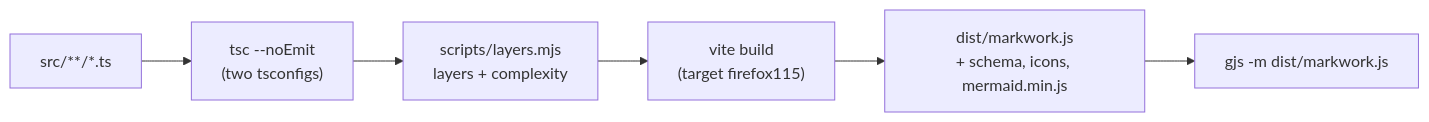
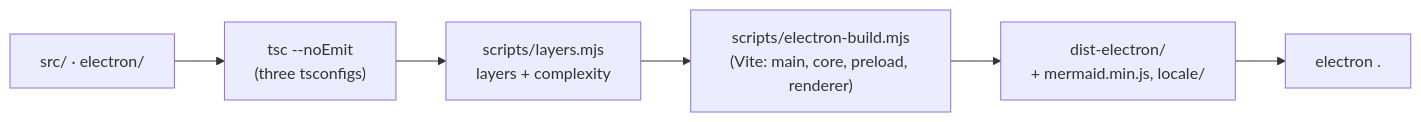
Before and after one commit to EkaPutCom/markwork: diagram 14 of 16 in docs/ONBOARDING.md, drawn with Mermaid. The commit also changed other lines of this file and 111 other files, not shown here.

````diff
--- a/docs/ONBOARDING.md
+++ b/docs/ONBOARDING.md
@@ -581,8 +524,8 @@
 ```mermaid
 flowchart LR
-    ts["src/**/*.ts"] --> tsc["tsc --noEmit<br/>(two tsconfigs)"]
+    ts["src/ · electron/"] --> tsc["tsc --noEmit<br/>(three tsconfigs)"]
     tsc --> lay["scripts/layers.mjs<br/>layers + complexity"]
-    lay --> vite["vite build<br/>(target firefox115)"]
-    vite --> dist["dist/markwork.js<br/>+ schema, icons, mermaid.min.js"]
-    dist --> gjs["gjs -m dist/markwork.js"]
+    lay --> vite["scripts/electron-build.mjs<br/>(Vite: main, core, preload, renderer)"]
+    vite --> dist["dist-electron/<br/>+ mermaid.min.js, locale/"]
+    dist --> el["electron ."]
 ```
````
